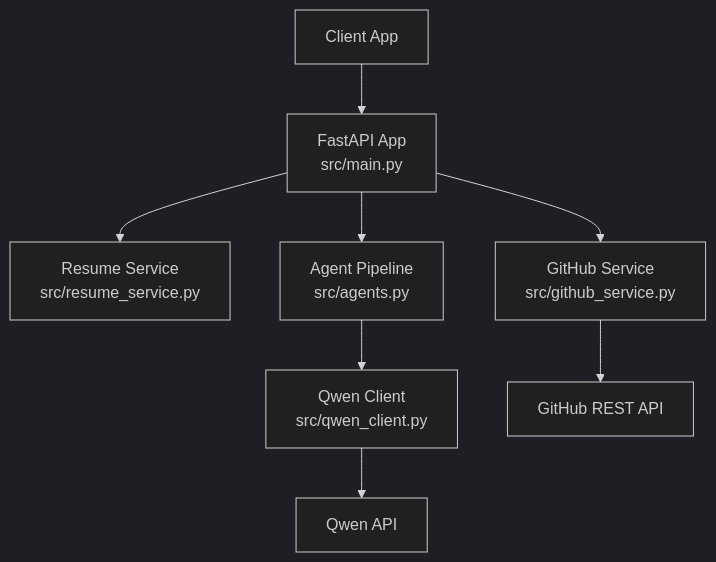
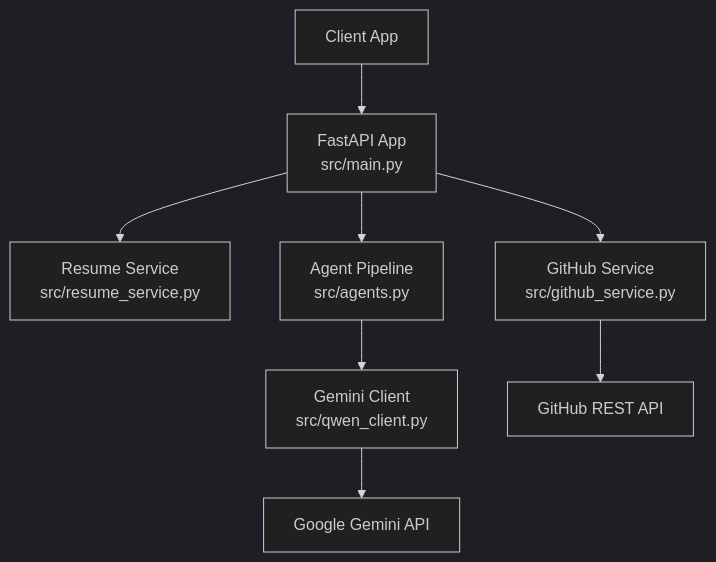
One commit to waqarimran342/CareerOS-AI changed the first of 5 diagrams in .qoder/repowiki/en/content/API Reference.md. Above: the diagram before and after it, drawn with Mermaid (dark theme). The commit also changed other lines of this file and 32 other files, not shown here.

````diff
--- a/.qoder/repowiki/en/content/API Reference.md
+++ b/.qoder/repowiki/en/content/API Reference.md
@@ -41,10 +51,10 @@
 ```mermaid
 graph TB
 Client["Client App"] --> API["FastAPI App<br/>src/main.py"]
 API --> ResumeSvc["Resume Service<br/>src/resume_service.py"]
 API --> GitHubSvc["GitHub Service<br/>src/github_service.py"]
 API --> Agents["Agent Pipeline<br/>src/agents.py"]
-Agents --> Qwen["Qwen Client<br/>src/qwen_client.py"]
-Qwen --> LLM["Qwen API"]
+Agents --> Gemini["Gemini Client<br/>src/qwen_client.py"]
+Gemini --> LLM["Google Gemini API"]
 GitHubSvc --> GH["GitHub REST API"]
 ```
````
